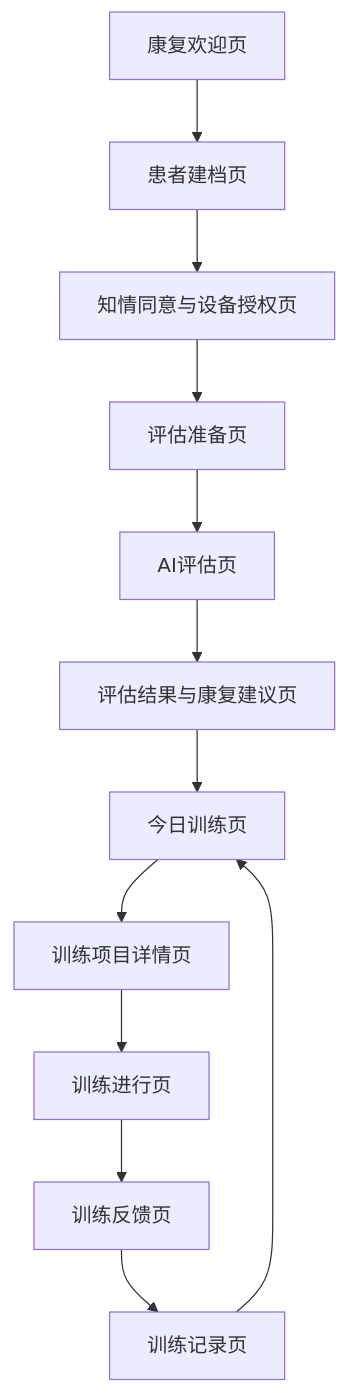
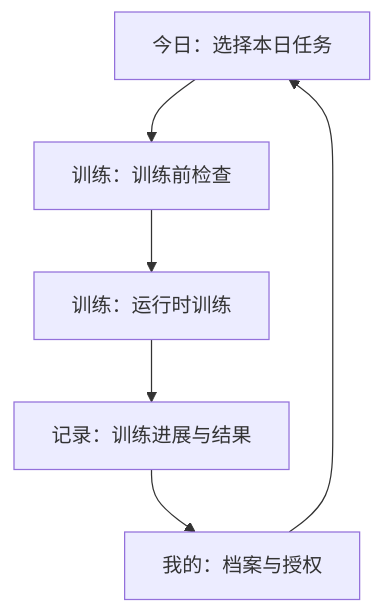
Before and after one commit to boyufan666/cuddly-octo-barnacle: the first of 4 diagrams in docs/rehab-platform-role-flows-and-pages.md, drawn with Mermaid. The commit also changed other lines of this file and 599 other files, not shown here.

````diff
--- a/docs/rehab-platform-role-flows-and-pages.md
+++ b/docs/rehab-platform-role-flows-and-pages.md
@@ -60,14 +78,8 @@
 ```mermaid
 flowchart TD
-    A["康复欢迎页"] --> B["患者建档页"]
-    B --> C["知情同意与设备授权页"]
-    C --> D["评估准备页"]
-    D --> E["AI评估页"]
-    E --> F["评估结果与康复建议页"]
-    F --> G["今日训练页"]
-    G --> H["训练项目详情页"]
-    H --> I["训练进行页"]
-    I --> J["训练反馈页"]
-    J --> K["训练记录页"]
-    K --> G
+    A["今日：选择本日任务"] --> B["训练：训练前检查"]
+    B --> C["训练：运行时训练"]
+    C --> D["记录：训练进展与结果"]
+    D --> E["我的：档案与授权"]
+    E --> A
 ```
````
